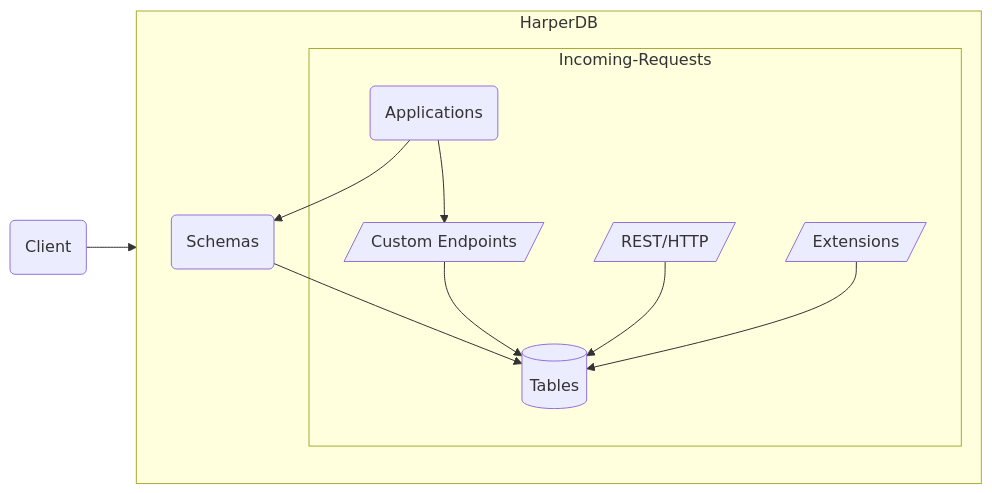
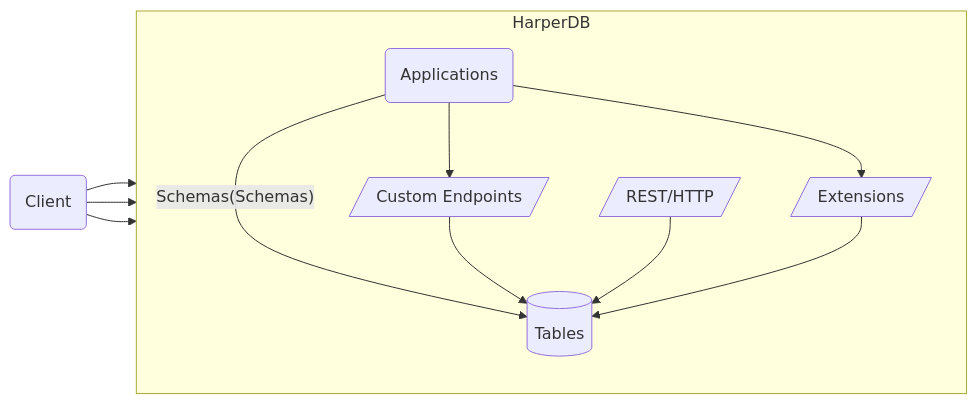
One commit to HarperDB/documentation changed the diagram in docs/applications/README.md. Above: the diagram before and after it, drawn with Mermaid.

Commit message:
More graph attempts

````diff
--- a/docs/applications/README.md
+++ b/docs/applications/README.md
@@ -14,15 +14,15 @@
 ```mermaid
 flowchart LR
-	Client(Client)-->HarperDB
+	Client(Client)-->Endpoints
+	Client(Client)-->HTTP
+	Client(Client)-->Extensions
 	subgraph HarperDB
 	direction TB
-	Applications(Applications)-->Schemas(Schemas)
-	Schemas-->Tables[(Tables)]
-	subgraph Incoming-Requests
+	Applications(Applications)-- "Schemas(Schemas)" --> Tables[(Tables)]
 	Applications-->Endpoints[/Custom Endpoints/]
+	Applications-->Extensions
 	Endpoints-->Tables
 	HTTP[/REST/HTTP/]-->Tables
 	Extensions[/Extensions/]-->Tables
 	end
-	end
 ```
````
